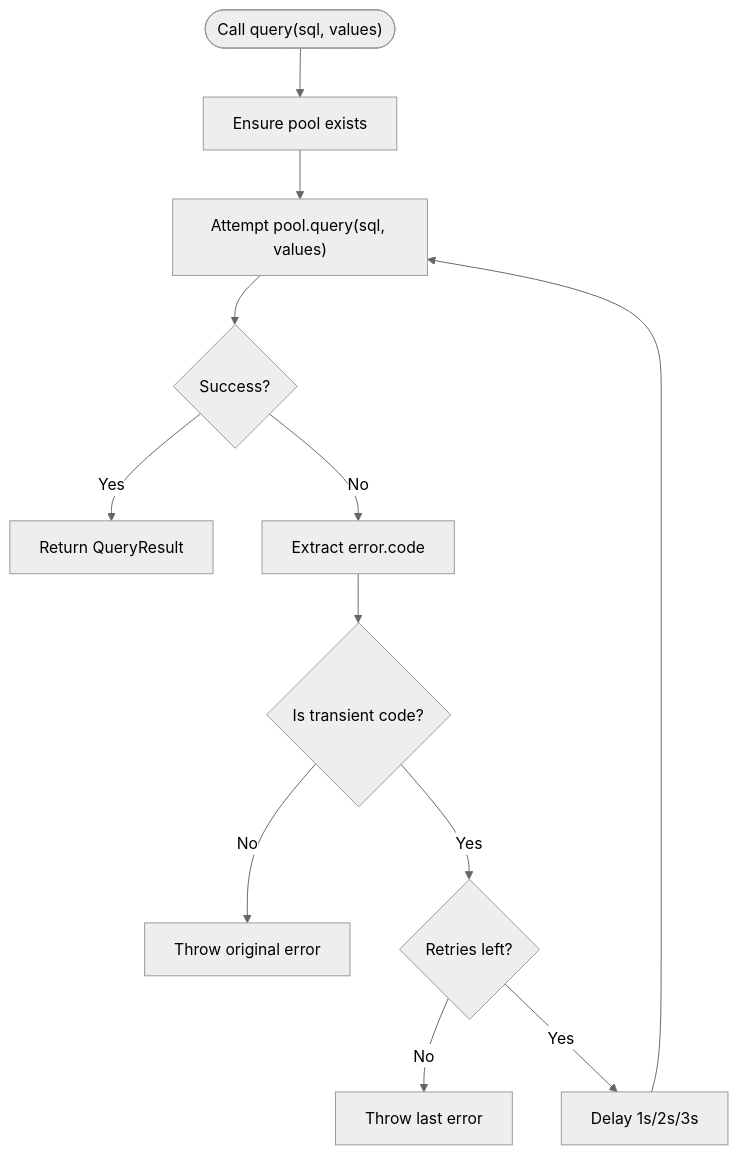
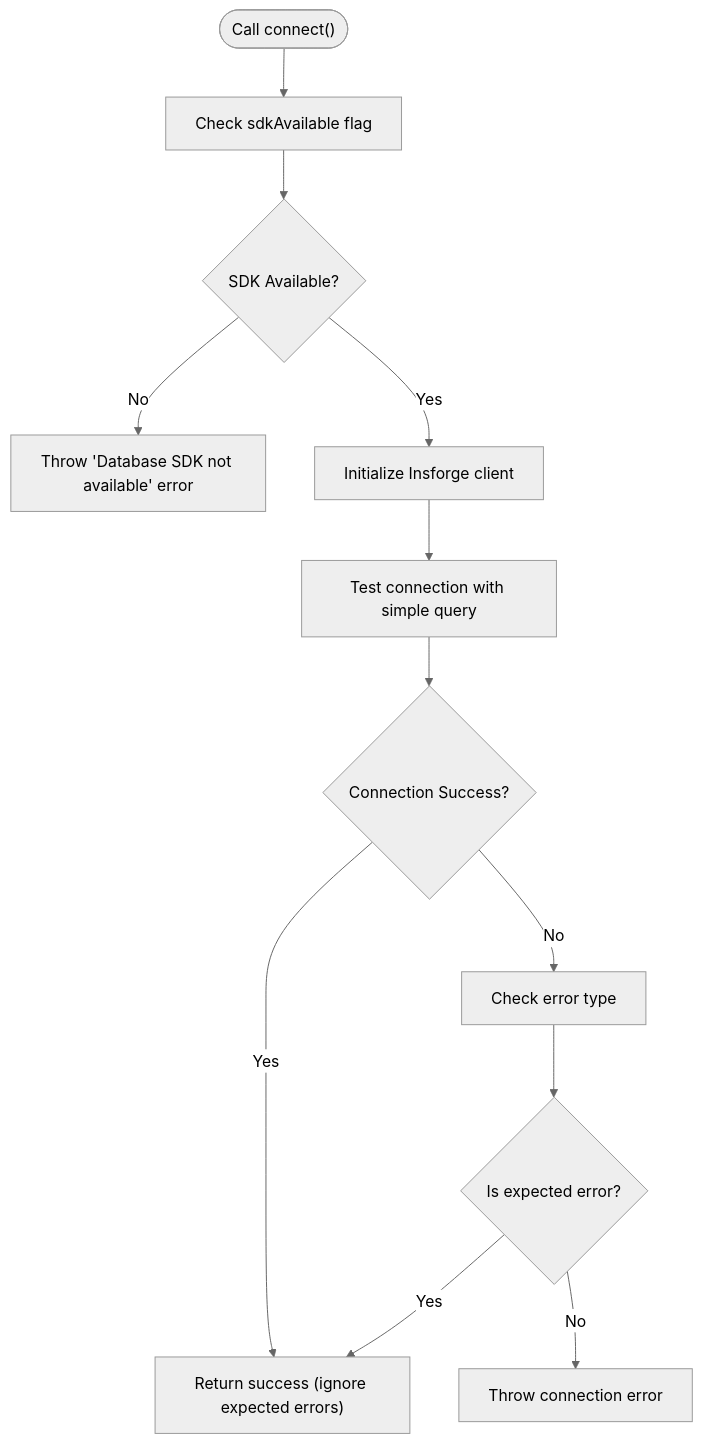
The third of 6 diagrams in .qoder/repowiki/en/content/Repository Layer/Database Abstraction.md (vishnusaibhosekar/ares), drawn with Mermaid (neutral theme) before and after one commit. The commit also changed other lines of this file and 6 other files, not shown here.

Commit message:
fix: make database connection optional in production for Cloud Run

````diff
--- a/.qoder/repowiki/en/content/Repository Layer/Database Abstraction.md
+++ b/.qoder/repowiki/en/content/Repository Layer/Database Abstraction.md
@@ -190,14 +213,14 @@
 ```mermaid
 flowchart TD
-Start(["Call query(sql, values)"]) --> CheckPool["Ensure pool exists"]
-CheckPool --> TryExec["Attempt pool.query(sql, values)"]
-TryExec --> Success{"Success?"}
-Success --> |Yes| ReturnRes["Return QueryResult"]
-Success --> |No| ExtractCode["Extract error.code"]
-ExtractCode --> IsTransient{"Is transient code?"}
-IsTransient --> |No| ThrowErr["Throw original error"]
-IsTransient --> |Yes| HasRetries{"Retries left?"}
-HasRetries --> |No| ThrowLast["Throw last error"]
-HasRetries --> |Yes| Backoff["Delay 1s/2s/3s"]
-Backoff --> TryExec
+Start(["Call connect()"]) --> CheckSDK["Check sdkAvailable flag"]
+CheckSDK --> SDKAvailable{"SDK Available?"}
+SDKAvailable --> |No| ThrowError["Throw 'Database SDK not available' error"]
+SDKAvailable --> |Yes| InitClient["Initialize Insforge client"]
+InitClient --> TestConn["Test connection with simple query"]
+TestConn --> ConnSuccess{"Connection Success?"}
+ConnSuccess --> |Yes| ReturnOK["Return success"]
+ConnSuccess --> |No| CheckError["Check error type"]
+CheckError --> IsExpected{"Is expected error?"}
+IsExpected --> |Yes| ReturnOK["Return success (ignore expected errors)"]
+IsExpected --> |No| ThrowConnErr["Throw connection error"]
 ```
````
